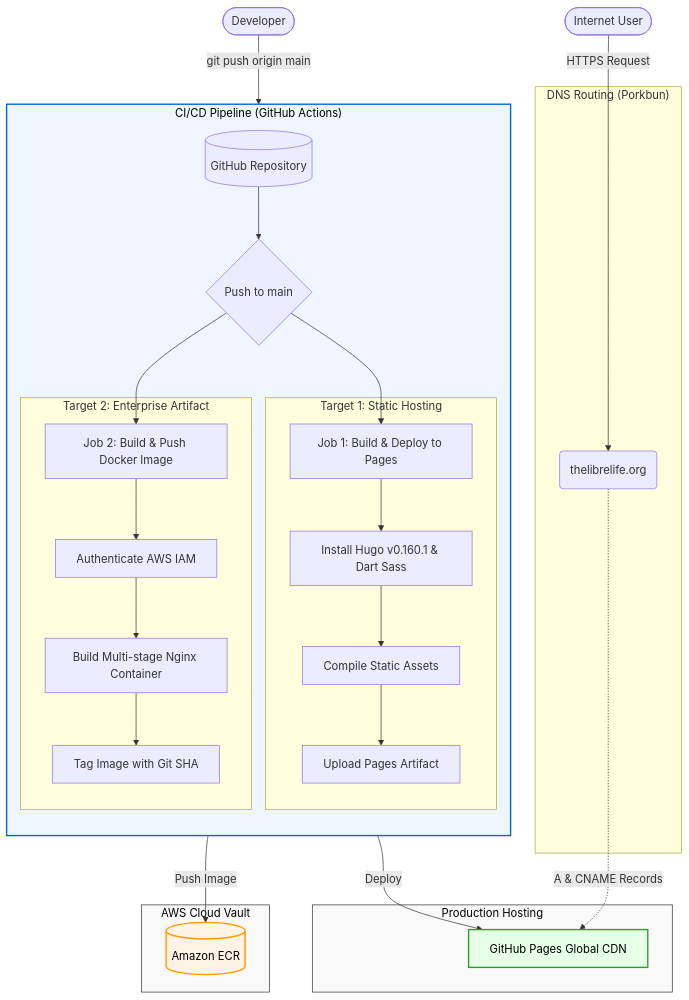
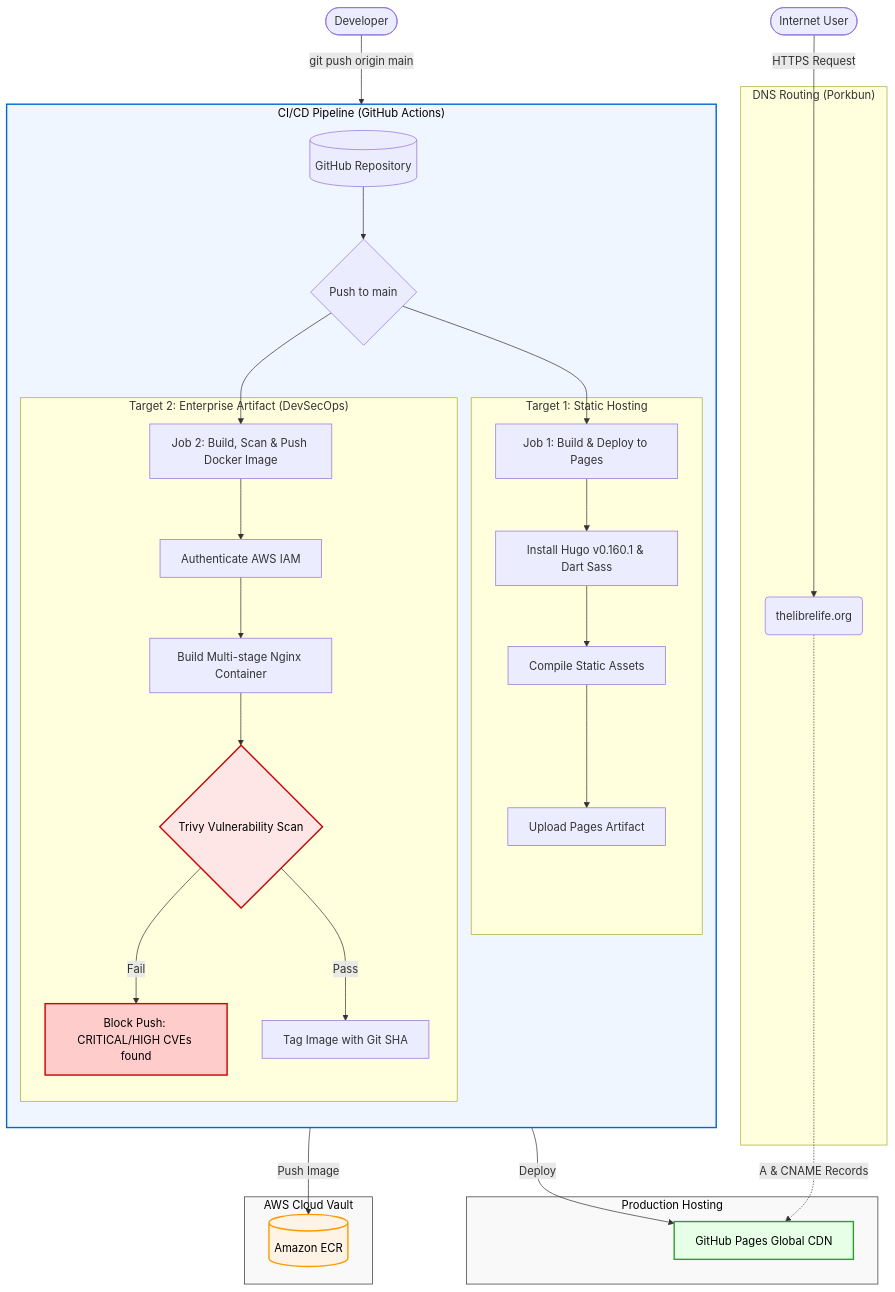
The diagram in README.md (shresth-kumar-lal/thelibrelife-site), drawn with Mermaid before and after one commit. The commit also changed other lines of this file and 4 other files, not shown here.

````diff
--- a/README.md
+++ b/README.md
@@ -13,45 +13,50 @@
 ```mermaid
 flowchart TD
     Dev([Developer]) -->|git push origin main| Repo[(GitHub Repository)]
 
     subgraph CI_CD ["CI/CD Pipeline (GitHub Actions)"]
         direction TB
         Repo --> Trigger{Push to main}
         
         Trigger --> Job1[Job 1: Build & Deploy to Pages]
-        Trigger --> Job2[Job 2: Build & Push Docker Image]
+        Trigger --> Job2[Job 2: Build, Scan & Push Docker Image]
 
         subgraph PagesPipeline ["Target 1: Static Hosting"]
             Job1 --> InstallHugo[Install Hugo v0.160.1 & Dart Sass]
             InstallHugo --> Compile[Compile Static Assets]
             Compile --> Upload[Upload Pages Artifact]
         end
 
-        subgraph DockerPipeline ["Target 2: Enterprise Artifact"]
+        subgraph DockerPipeline ["Target 2: Enterprise Artifact (DevSecOps)"]
             Job2 --> Auth[Authenticate AWS IAM]
             Auth --> BuildImg[Build Multi-stage Nginx Container]
-            BuildImg --> TagImg[Tag Image with Git SHA]
+            BuildImg --> Trivy{Trivy Vulnerability Scan}
+            Trivy -->|Fail| Halt[Block Push: CRITICAL/HIGH CVEs found]
+            Trivy -->|Pass| TagImg[Tag Image with Git SHA]
         end
     end
 
     subgraph Production ["Production Hosting"]
         Upload -->|Deploy| GHPages[GitHub Pages Global CDN]
     end
 
     subgraph AWSRegistry ["AWS Cloud Vault"]
         TagImg -->|Push Image| ECR[(Amazon ECR)]
     end
 
     subgraph DNS ["DNS Routing (Porkbun)"]
         Domain(thelibrelife.org) -.->|A & CNAME Records| GHPages
     end
 
     User([Internet User]) -->|HTTPS Request| Domain
 
     %% Styling
     style GHPages fill:#e6ffe6,stroke:#2ca02c,stroke-width:2px,color:#000
     style ECR fill:#fff3e6,stroke:#ff9900,stroke-width:2px,color:#000
     style CI_CD fill:#f0f6ff,stroke:#0366d6,stroke-width:2px,color:#000
     style Production fill:#f9f9f9,stroke:#333,stroke-width:1px,color:#000
     style AWSRegistry fill:#f9f9f9,stroke:#333,stroke-width:1px,color:#000
+    style Trivy fill:#ffe6e6,stroke:#cc0000,stroke-width:2px,color:#000
+    style Halt fill:#ffcccc,stroke:#cc0000,stroke-width:2px,color:#000
+
 ```
````
